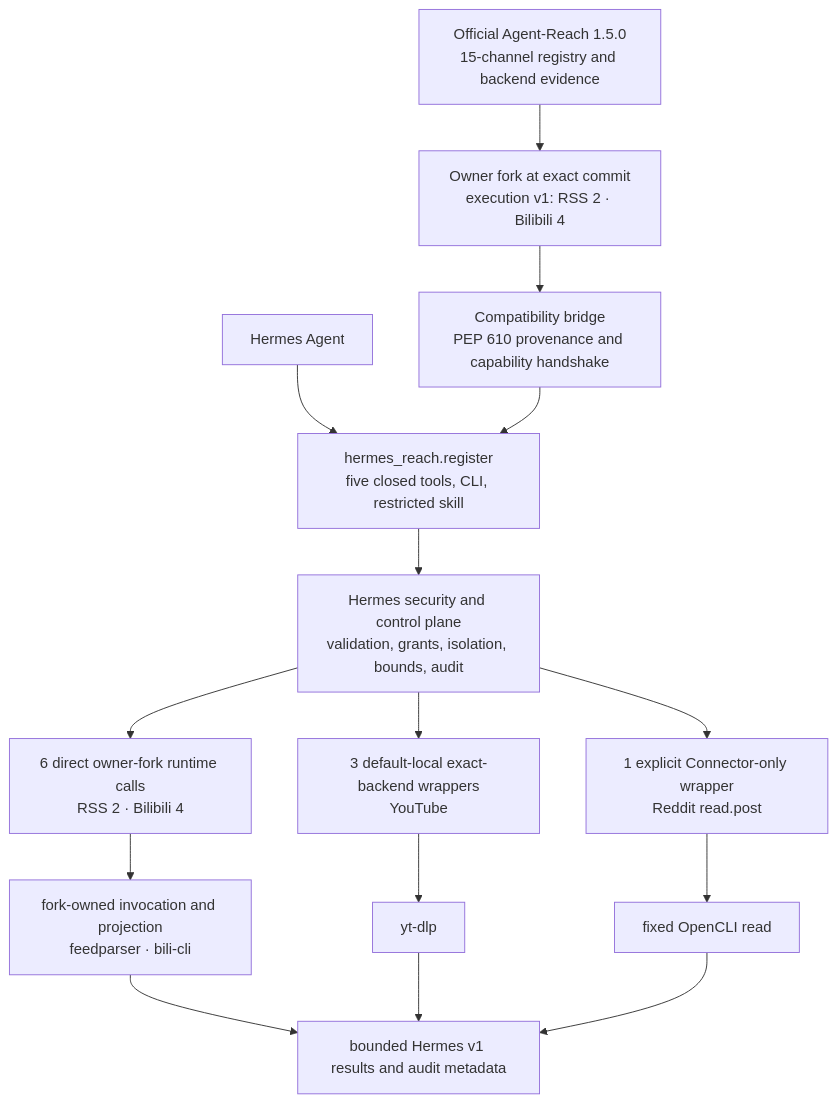
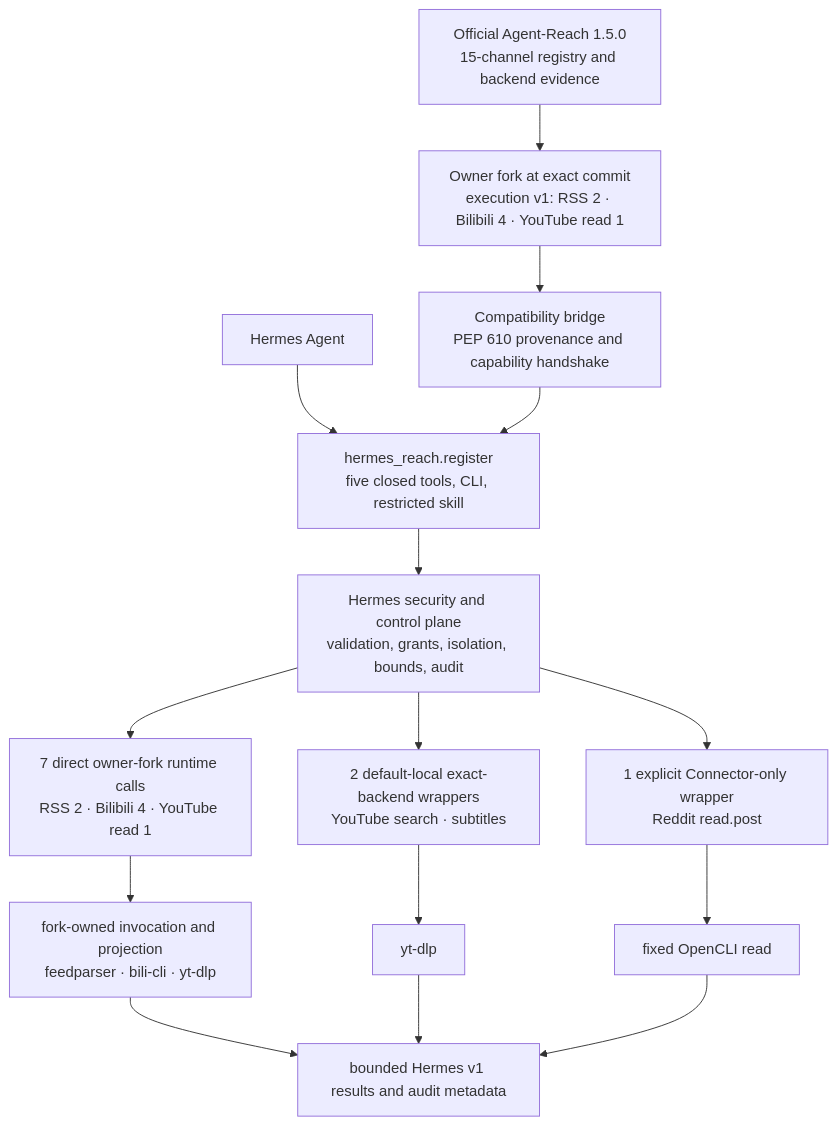
One commit to izumi0uu/hermes-reach changed the diagram in docs/agent-reach-plugin-boundary.md. Above: the diagram before and after it, drawn with Mermaid. The commit also changed other lines of this file and 30 other files, not shown here.

Commit message:
feat(agent-reach): execute YouTube read video through fork runtime

````diff
--- a/docs/agent-reach-plugin-boundary.md
+++ b/docs/agent-reach-plugin-boundary.md
@@ -24,17 +24,17 @@
 ```mermaid
 flowchart TD
-    Official["Official Agent-Reach 1.5.0<br/>15-channel registry and backend evidence"] --> Fork["Owner fork at exact commit<br/>execution v1: RSS 2 · Bilibili 4"]
+    Official["Official Agent-Reach 1.5.0<br/>15-channel registry and backend evidence"] --> Fork["Owner fork at exact commit<br/>execution v1: RSS 2 · Bilibili 4 · YouTube read 1"]
     Fork --> Bridge["Compatibility bridge<br/>PEP 610 provenance and capability handshake"]
     Hermes["Hermes Agent"] --> Entry["hermes_reach.register<br/>five closed tools, CLI, restricted skill"]
     Bridge --> Entry
     Entry --> Control["Hermes security and control plane<br/>validation, grants, isolation, bounds, audit"]
-    Control --> ForkOps["6 direct owner-fork runtime calls<br/>RSS 2 · Bilibili 4"]
-    Control --> Local["3 default-local exact-backend wrappers<br/>YouTube"]
+    Control --> ForkOps["7 direct owner-fork runtime calls<br/>RSS 2 · Bilibili 4 · YouTube read 1"]
+    Control --> Local["2 default-local exact-backend wrappers<br/>YouTube search · subtitles"]
     Control --> Remote["1 explicit Connector-only wrapper<br/>Reddit read.post"]
-    ForkOps --> ForkBackends["fork-owned invocation and projection<br/>feedparser · bili-cli"]
+    ForkOps --> ForkBackends["fork-owned invocation and projection<br/>feedparser · bili-cli · yt-dlp"]
     Local --> Backends["yt-dlp"]
     Remote --> OpenCLI["fixed OpenCLI read"]
     ForkBackends --> Results["bounded Hermes v1 results and audit metadata"]
     Backends --> Results
     OpenCLI --> Results
 ```
````
